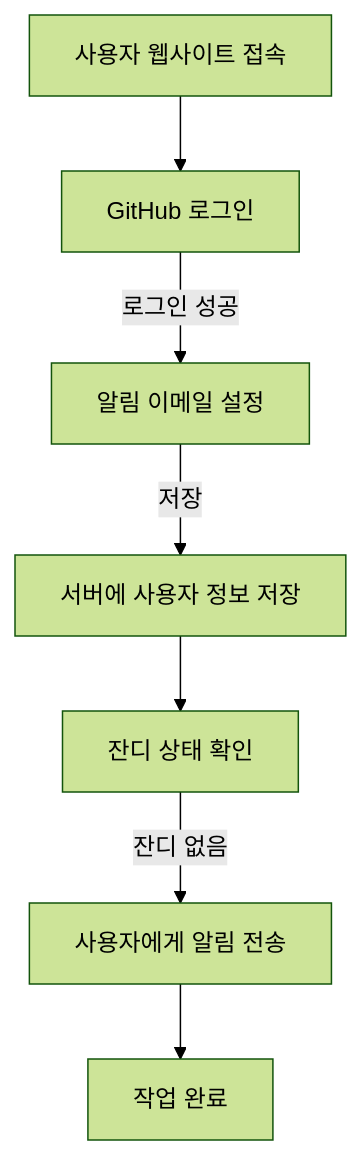
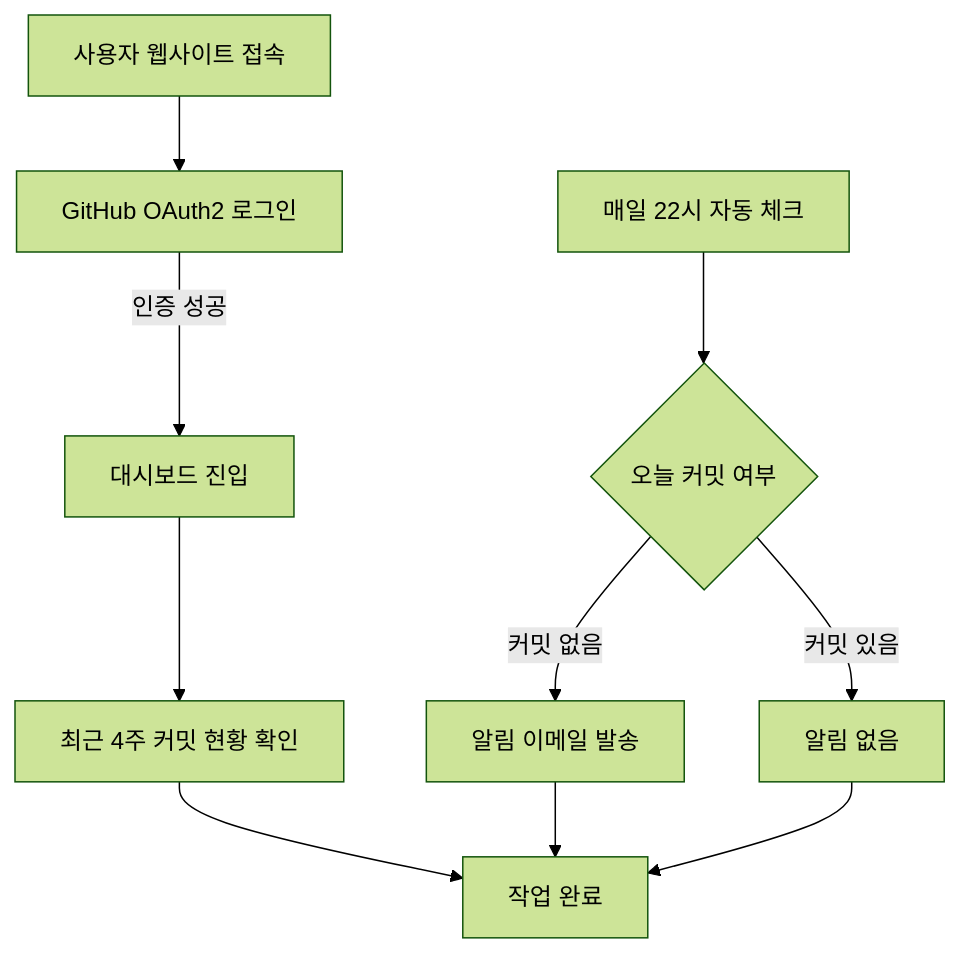
Before and after one commit to CodeOnLeo/git-gardner: the second of 3 diagrams in README.md, drawn with Mermaid (forest theme). The commit also changed other lines of this file, not shown here.

````diff
--- a/README.md
+++ b/README.md
@@ -52,17 +77,23 @@
 ```mermaid
 flowchart TD
     Start["사용자 웹사이트 접속"]
-    Login["GitHub 로그인"]
-    SetEmail["알림 이메일 설정"]
-    StoreData["서버에 사용자 정보 저장"]
-    CheckGrass["잔디 상태 확인"]
-    Notify["사용자에게 알림 전송"]
+    Login["GitHub OAuth2 로그인"]
+    Dashboard["대시보드 진입"]
+    ViewCommits["최근 4주 커밋 현황 확인"]
+    DailyCheck["매일 22시 자동 체크"]
+    HasCommit{"오늘 커밋 여부"}
+    SendEmail["알림 이메일 발송"]
+    NoAction["알림 없음"]
     End["작업 완료"]
 
     Start --> Login
-    Login -->|로그인 성공| SetEmail
-    SetEmail -->|저장| StoreData
-    StoreData --> CheckGrass
-    CheckGrass -->|잔디 없음| Notify
-    Notify --> End
+    Login -->|인증 성공| Dashboard
+    Dashboard --> ViewCommits
+    ViewCommits --> End
+    
+    DailyCheck --> HasCommit
+    HasCommit -->|커밋 없음| SendEmail
+    HasCommit -->|커밋 있음| NoAction
+    SendEmail --> End
+    NoAction --> End
 ```
````
